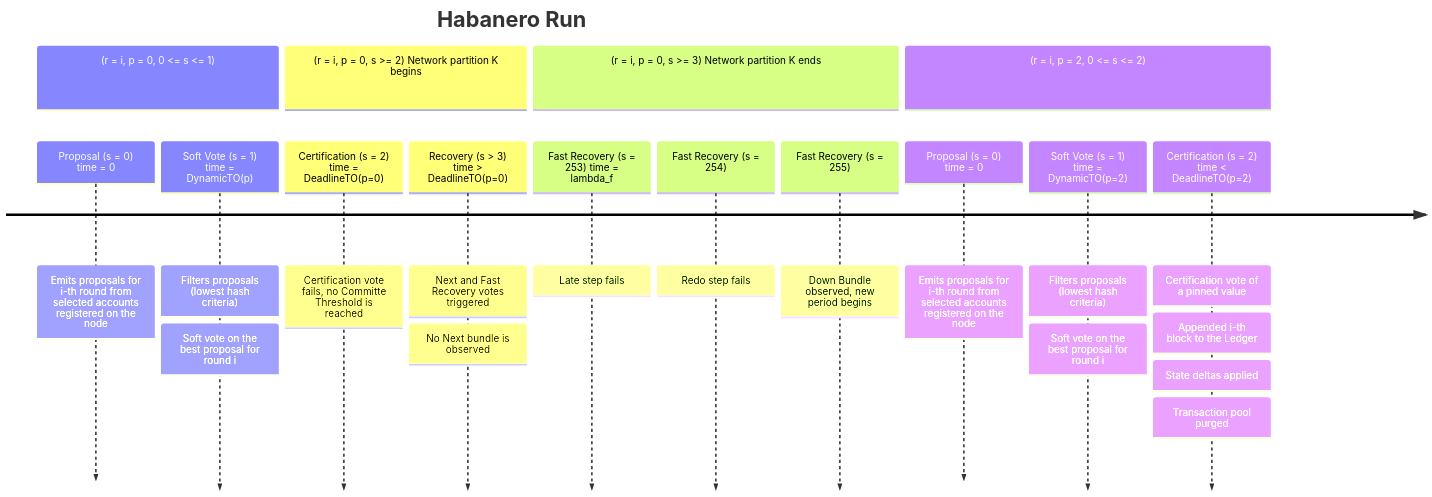
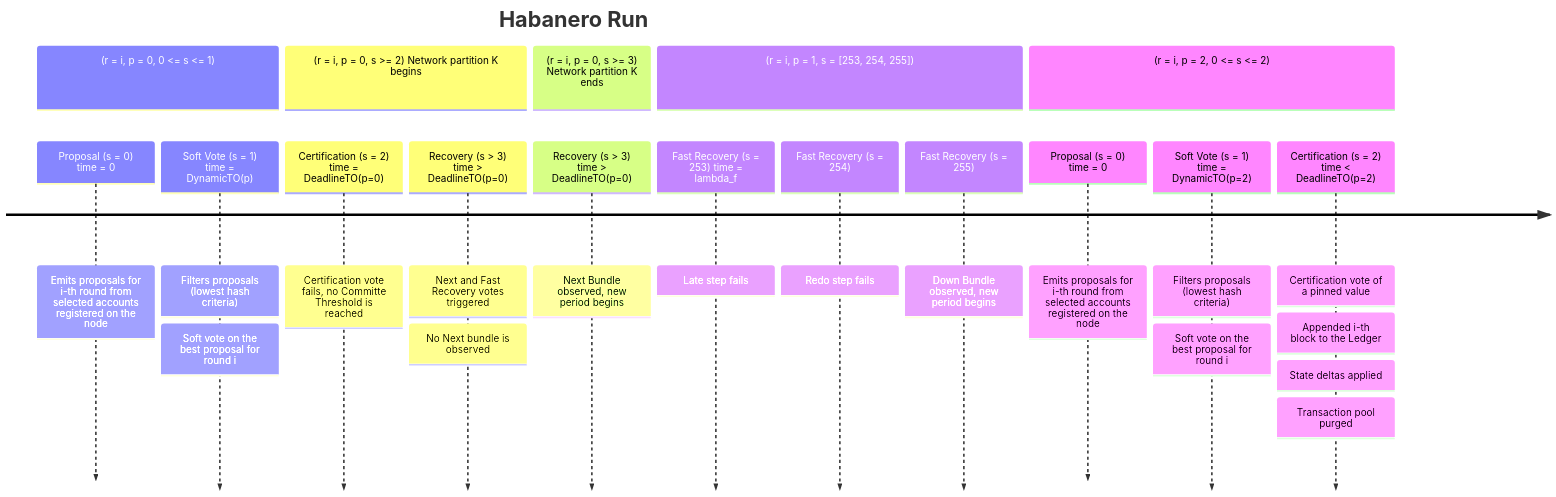
The diagram in src/abft-nn-habanero-run.md (algorandfoundation/specs), drawn with Mermaid before and after one commit. The commit also changed other lines of this file, not shown here.

Commit message:
docs: clarify recovery steps

````diff
--- a/src/abft-nn-habanero-run.md
+++ b/src/abft-nn-habanero-run.md
@@ -21,21 +22,23 @@
 ```mermaid
 timeline
     title Habanero Run
     section (r = i, p = 0, 0 <= s <= 1)
         Proposal (s = 0) time = 0                       : Emits proposals for i-th round from selected accounts registered on the node
         Soft Vote (s = 1) time = DynamicTO(p)           : Filters proposals (lowest hash criteria) : Soft vote on the best proposal for round i
     section (r = i, p = 0, s >= 2) Network partition K begins
         Certification (s = 2) time = DeadlineTO(p=0)    : Certification vote fails, no Committe Threshold is reached
         Recovery (s > 3) time > DeadlineTO(p=0)         : Next and Fast Recovery votes triggered : No Next bundle is observed
     section (r = i, p = 0, s >= 3) Network partition K ends
+        Recovery (s > 3) time > DeadlineTO(p=0)         : Next Bundle observed, new period begins
+    section (r = i, p = 1, s = [253, 254, 255])
         Fast Recovery (s = 253) time = lambda_f         : Late step fails
         Fast Recovery (s = 254)                         : Redo step fails
         Fast Recovery (s = 255)                         : Down Bundle observed, new period begins
     section (r = i, p = 2, 0 <= s <= 2)
         Proposal (s = 0) time = 0                       : Emits proposals for i-th round from selected accounts registered on the node
         Soft Vote (s = 1) time = DynamicTO(p=2)         : Filters proposals (lowest hash criteria) : Soft vote on the best proposal for round i
         Certification (s = 2) time < DeadlineTO(p=2)    : Certification vote of a pinned value
                                                         : Appended i-th block to the Ledger
                                                         : State deltas applied
                                                         : Transaction pool purged
 ```
````
